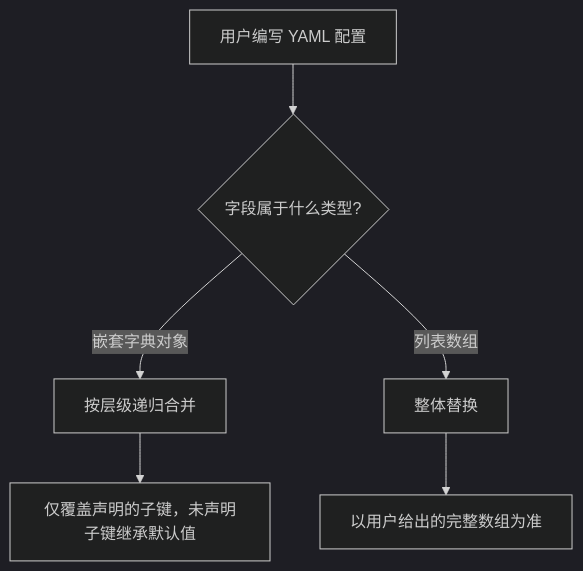
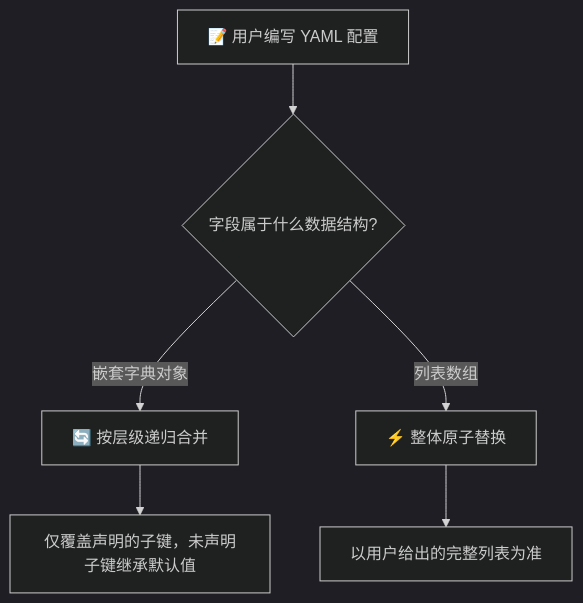
The diagram in docs/guide/content-separation/config-overlay/README.md (LyraVoid/Shirone-Docs), drawn with Mermaid (dark theme) before and after one commit. The commit also changed other lines of this file and 15 other files, not shown here.

````diff
--- a/docs/guide/content-separation/config-overlay/README.md
+++ b/docs/guide/content-separation/config-overlay/README.md
@@ -26,8 +26,8 @@
 ```mermaid
 flowchart TD
-    A[用户编写 YAML 配置] --> B{字段属于什么类型?}
-    B -->|嵌套字典对象| C[按层级递归合并]
-    B -->|列表数组| D[整体替换]
-    C --> E[仅覆盖声明的子键，未声明子键继承默认值]
-    D --> F[以用户给出的完整数组为准]
+    A["📝 用户编写 YAML 配置"] --> B{"字段属于什么数据结构?"}
+    B -->|嵌套字典对象| C["🔄 按层级递归合并"]
+    B -->|列表数组| D["⚡ 整体原子替换"]
+    C --> E["仅覆盖声明的子键，未声明子键继承默认值"]
+    D --> F["以用户给出的完整列表为准"]
 ```
````
